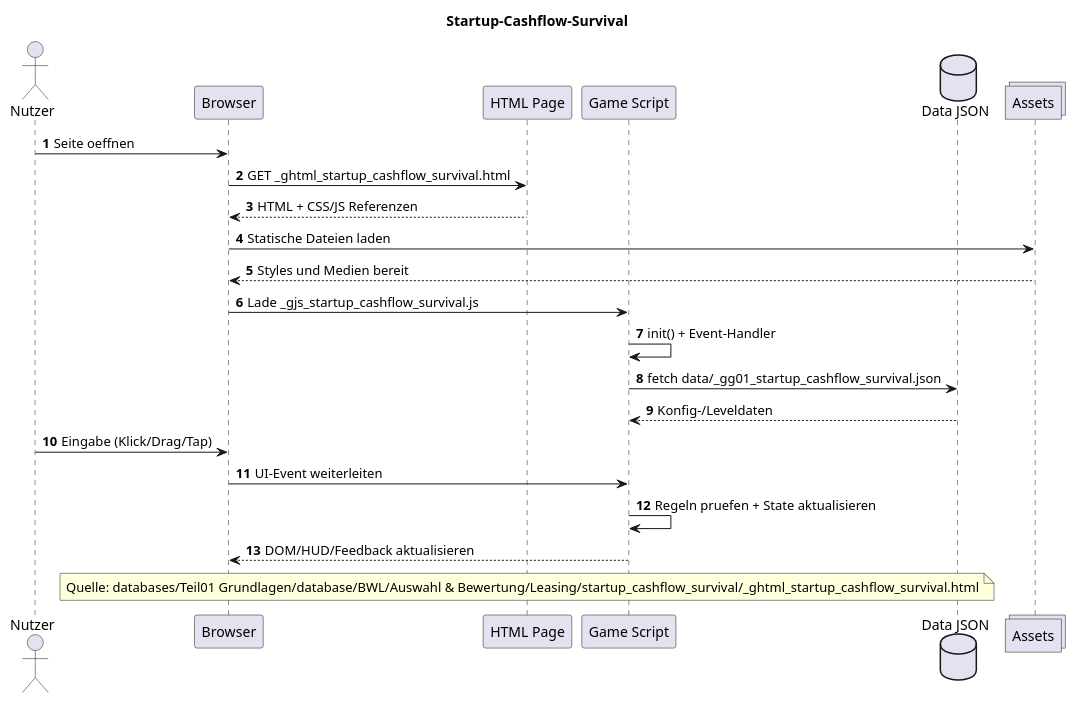
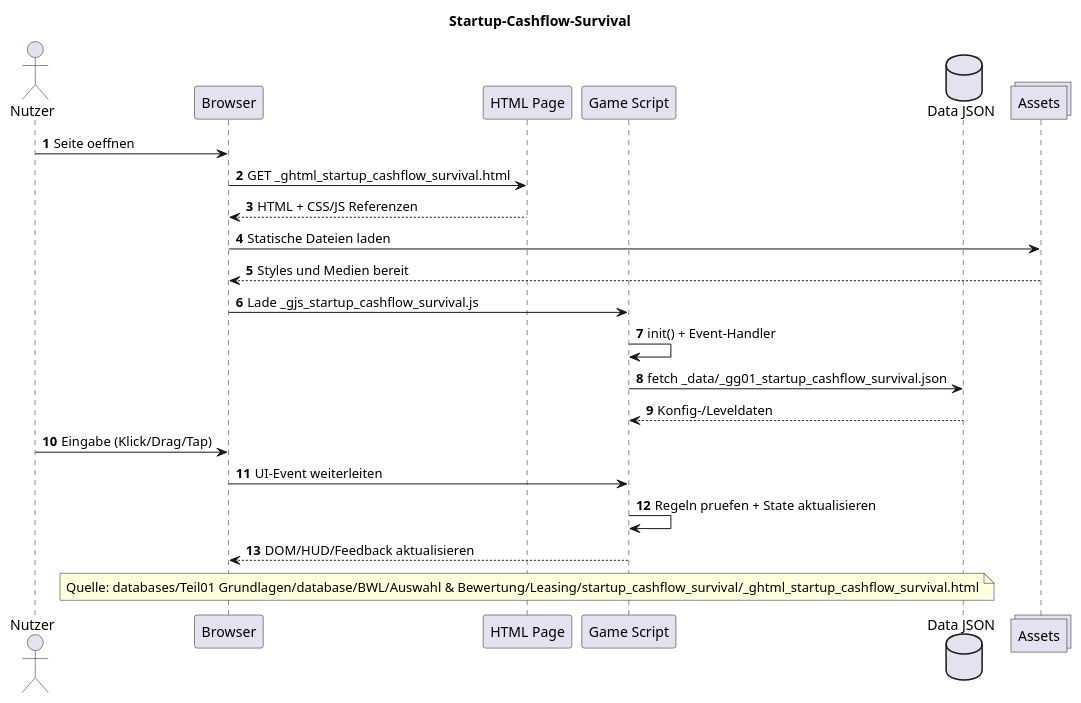
One commit to Thor-the-Dwarf/easyPV changed the diagram in databases/Teil01 Grundlagen/database/BWL/Auswahl & Bewertung/Leasing/startup_cashflow_survival/__dokumentation/__02_plans/__sequence_diagram.puml. Above: the diagram before and after it, drawn with PlantUML. The commit also changed 1258 other files, not shown here.

```diff
--- a/databases/Teil01 Grundlagen/database/BWL/Auswahl & Bewertung/Leasing/startup_cashflow_survival/__dokumentation/__02_plans/__sequence_diagram.puml
+++ b/databases/Teil01 Grundlagen/database/BWL/Auswahl & Bewertung/Leasing/startup_cashflow_survival/__dokumentation/__02_plans/__sequence_diagram.puml
@@ -1,29 +1,29 @@
 @startuml
  title Startup-Cashflow-Survival
  autonumber
  actor Nutzer
  participant Browser
  participant "HTML Page" as Page
  participant "Game Script" as Game
  database "Data JSON" as Data
  collections "Assets" as Assets
  
  Nutzer -> Browser: Seite oeffnen
  Browser -> Page: GET _ghtml_startup_cashflow_survival.html
  Page --> Browser: HTML + CSS/JS Referenzen
  Browser -> Assets: Statische Dateien laden
  Assets --> Browser: Styles und Medien bereit
  Browser -> Game: Lade _gjs_startup_cashflow_survival.js
  Game -> Game: init() + Event-Handler
- Game -> Data: fetch data/_gg01_startup_cashflow_survival.json
+ Game -> Data: fetch _data/_gg01_startup_cashflow_survival.json
  Data --> Game: Konfig-/Leveldaten
  
  Nutzer -> Browser: Eingabe (Klick/Drag/Tap)
  Browser -> Game: UI-Event weiterleiten
  Game -> Game: Regeln pruefen + State aktualisieren
  Game --> Browser: DOM/HUD/Feedback aktualisieren
  
  note over Page
  Quelle: databases/Teil01 Grundlagen/database/BWL/Auswahl & Bewertung/Leasing/startup_cashflow_survival/_ghtml_startup_cashflow_survival.html
  end note
 @enduml
```
